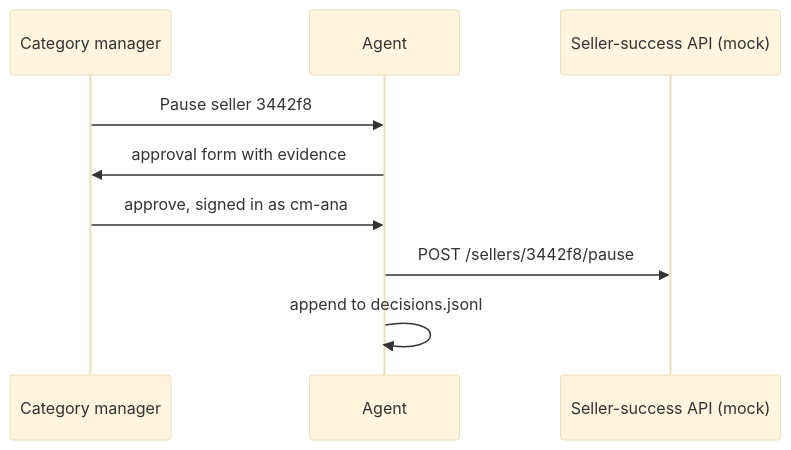
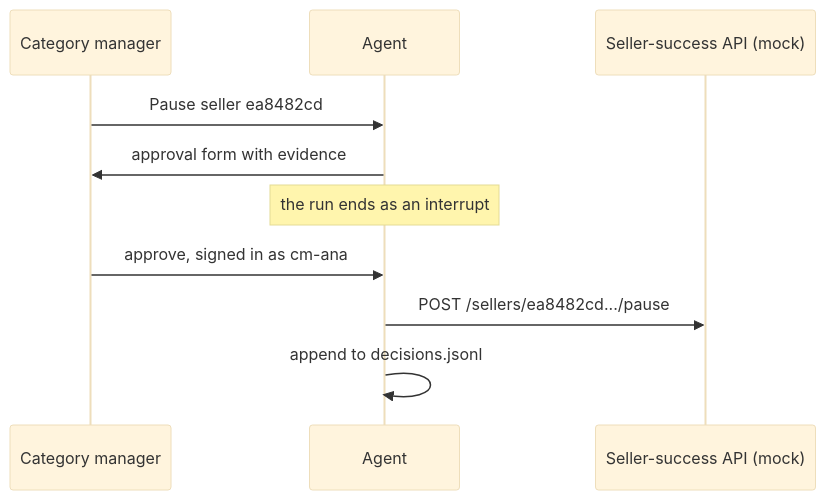
Before and after one commit to learnwithparam/agentic-commerce-data: the diagram in parts/07-approve-the-write/README.md, drawn with Mermaid (base theme). The commit also changed other lines of this file and 20 other files, not shown here.

````diff
--- a/parts/07-approve-the-write/README.md
+++ b/parts/07-approve-the-write/README.md
@@ -18,11 +18,12 @@
 ```mermaid
 sequenceDiagram
   participant CM as Category manager
   participant AG as Agent
   participant SS as Seller-success API (mock)
-  CM->>AG: Pause seller 3442f8
+  CM->>AG: Pause seller ea8482cd
   AG->>CM: approval form with evidence
+  Note over AG: the run ends as an interrupt
   CM->>AG: approve, signed in as cm-ana
-  AG->>SS: POST /sellers/3442f8/pause
+  AG->>SS: POST /sellers/ea8482cd.../pause
   AG->>AG: append to decisions.jsonl
 ```
````
